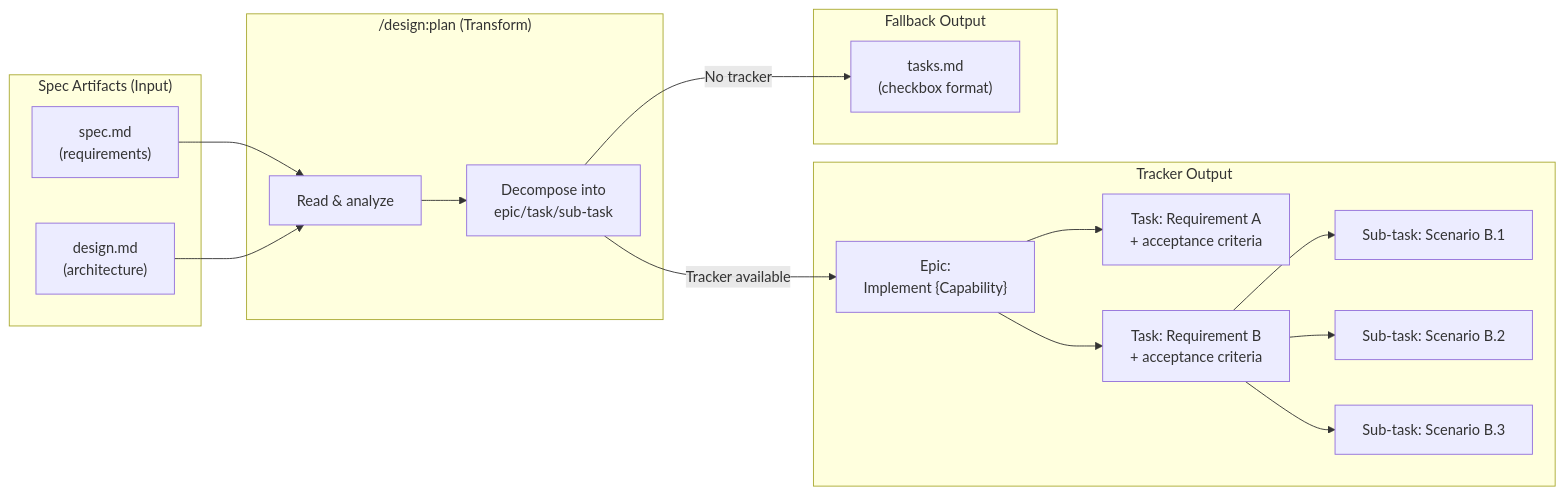
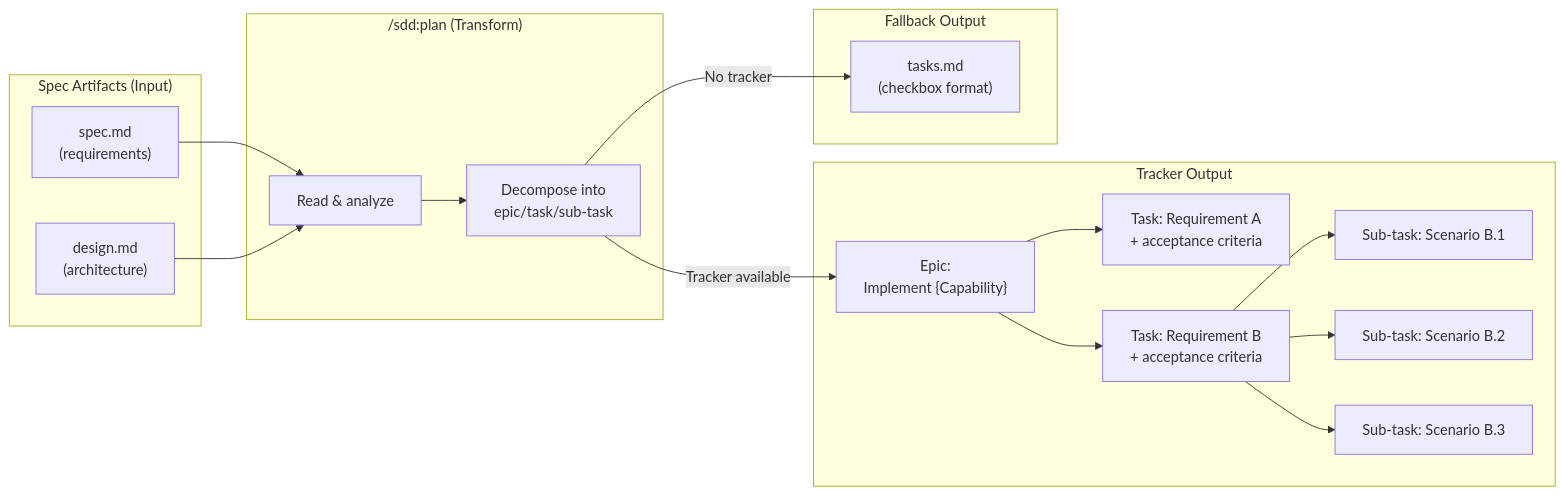
One commit to joestump/claude-plugin-design changed the second of 4 diagrams in docs/openspec/specs/sprint-planning/design.md. Above: the diagram before and after it, drawn with Mermaid. The commit also changed other lines of this file and 106 other files, not shown here.

First line of the commit message:
Rename plugin: design → sdd (Spec-Driven Development) (#75)

````diff
--- a/docs/openspec/specs/sprint-planning/design.md
+++ b/docs/openspec/specs/sprint-planning/design.md
@@ -171,37 +171,37 @@
 ```mermaid
 flowchart LR
     subgraph "Spec Artifacts (Input)"
         spec["spec.md\n(requirements)"]
         design["design.md\n(architecture)"]
     end
 
-    subgraph "/design:plan (Transform)"
+    subgraph "/sdd:plan (Transform)"
         read["Read & analyze"]
         decompose["Decompose into\nepic/task/sub-task"]
     end
 
     subgraph "Tracker Output"
         epic["Epic:\nImplement {Capability}"]
         task1["Task: Requirement A\n+ acceptance criteria"]
         task2["Task: Requirement B\n+ acceptance criteria"]
         sub1["Sub-task: Scenario B.1"]
         sub2["Sub-task: Scenario B.2"]
         sub3["Sub-task: Scenario B.3"]
 
         epic --> task1
         epic --> task2
         task2 --> sub1
         task2 --> sub2
         task2 --> sub3
     end
 
     subgraph "Fallback Output"
         tasks_md["tasks.md\n(checkbox format)"]
     end
 
     spec --> read
     design --> read
     read --> decompose
     decompose -->|"Tracker available"| epic
     decompose -->|"No tracker"| tasks_md
 ```
````
